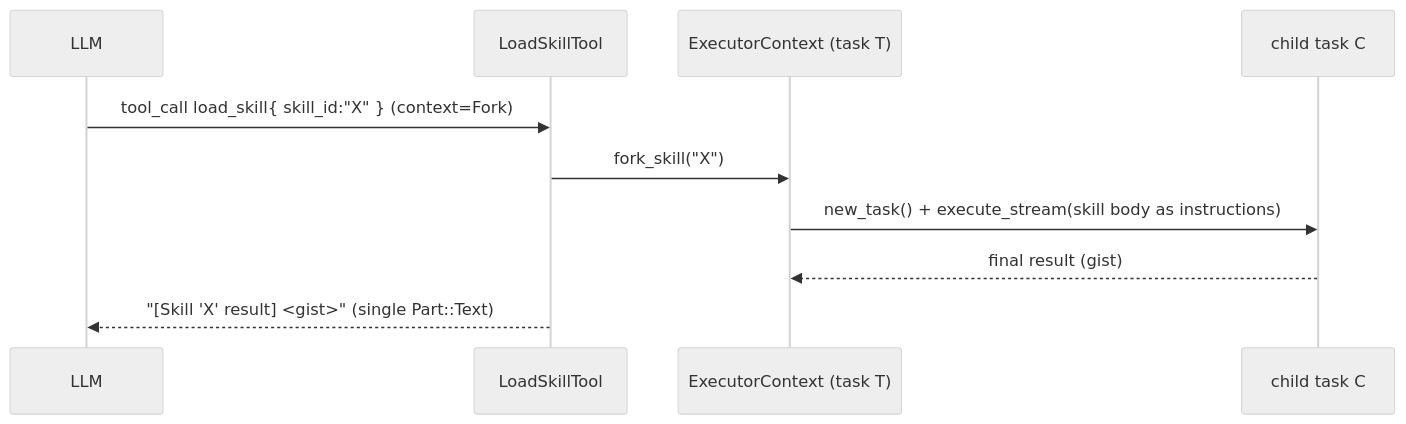
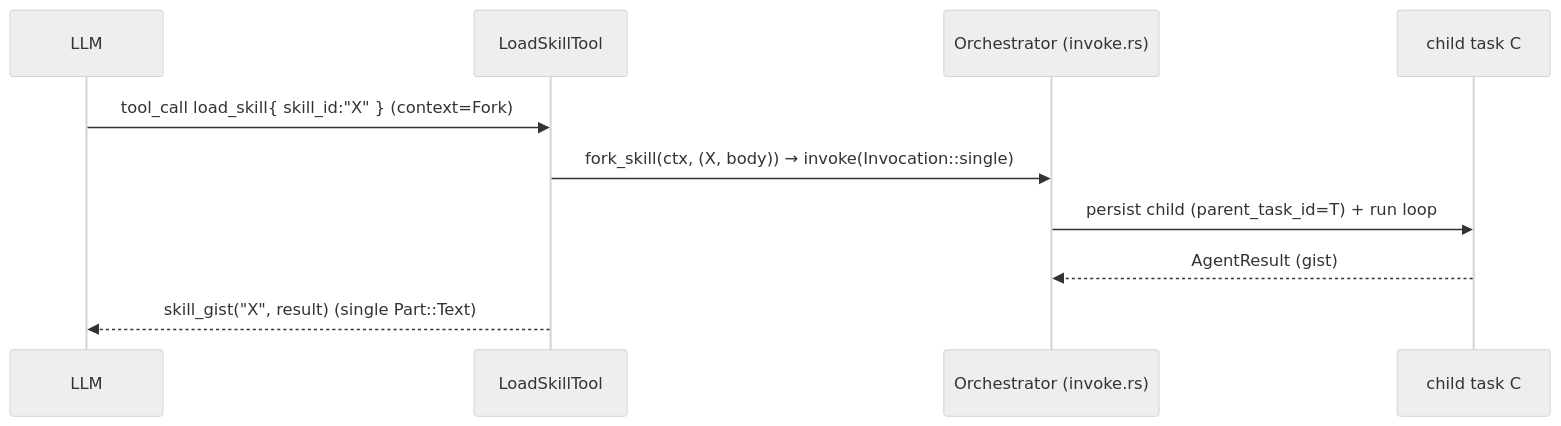
One commit to distrihub/distri changed the fourth of 5 diagrams in docs/execution_flow.md. Above: the diagram before and after it, drawn with Mermaid (neutral theme). The commit also changed other lines of this file and 8 other files, not shown here.

````diff
--- a/docs/execution_flow.md
+++ b/docs/execution_flow.md
@@ -195,12 +200,12 @@
 ```mermaid
 sequenceDiagram
     participant LLM
     participant Tool as LoadSkillTool
-    participant Ctx as ExecutorContext (task T)
+    participant Orch as Orchestrator (invoke.rs)
     participant Child as child task C
     LLM->>Tool: tool_call load_skill{ skill_id:"X" }  (context=Fork)
-    Tool->>Ctx: fork_skill("X")
-    Ctx->>Child: new_task() + execute_stream(skill body as instructions)
-    Child-->>Ctx: final result (gist)
-    Tool-->>LLM: "[Skill 'X' result] <gist>"  (single Part::Text)
+    Tool->>Orch: fork_skill(ctx, (X, body)) → invoke(Invocation::single)
+    Orch->>Child: persist child (parent_task_id=T) + run loop
+    Child-->>Orch: AgentResult (gist)
+    Tool-->>LLM: skill_gist("X", result)  (single Part::Text)
 ```
````
